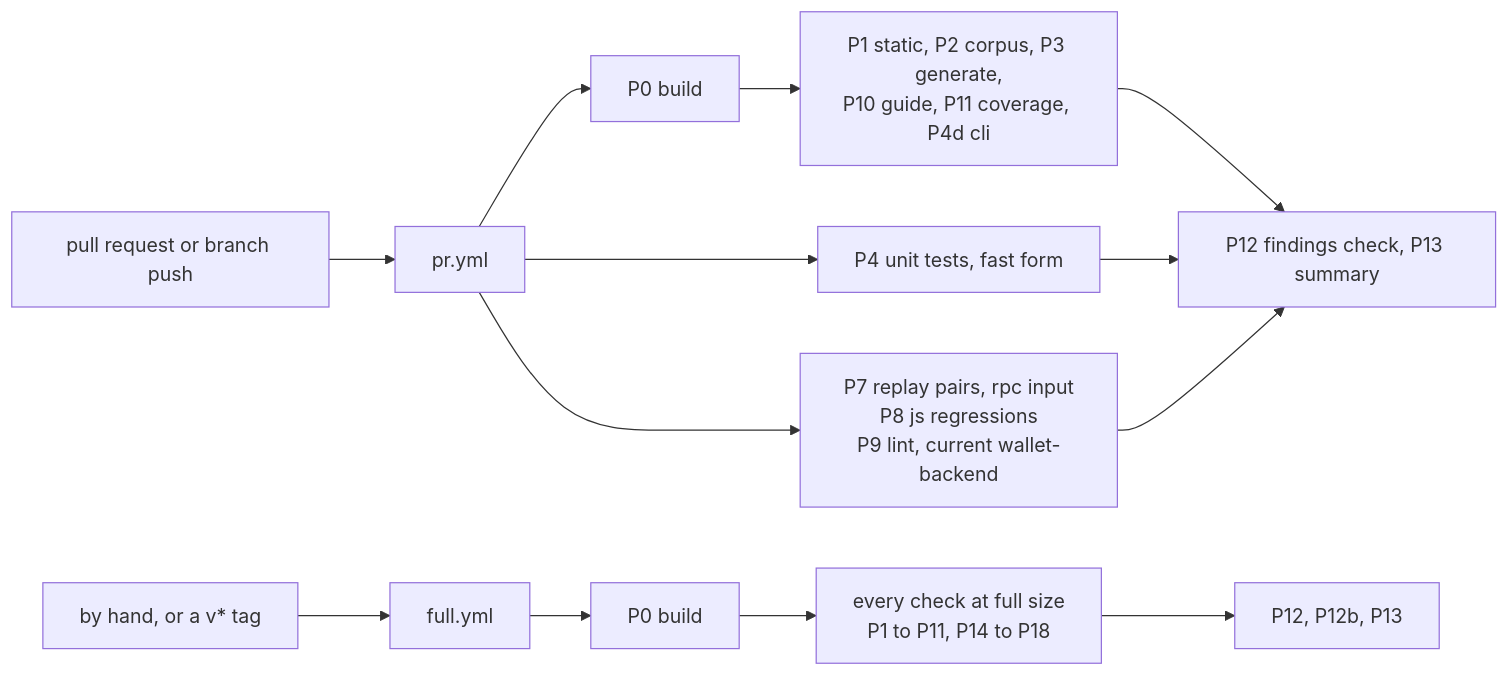
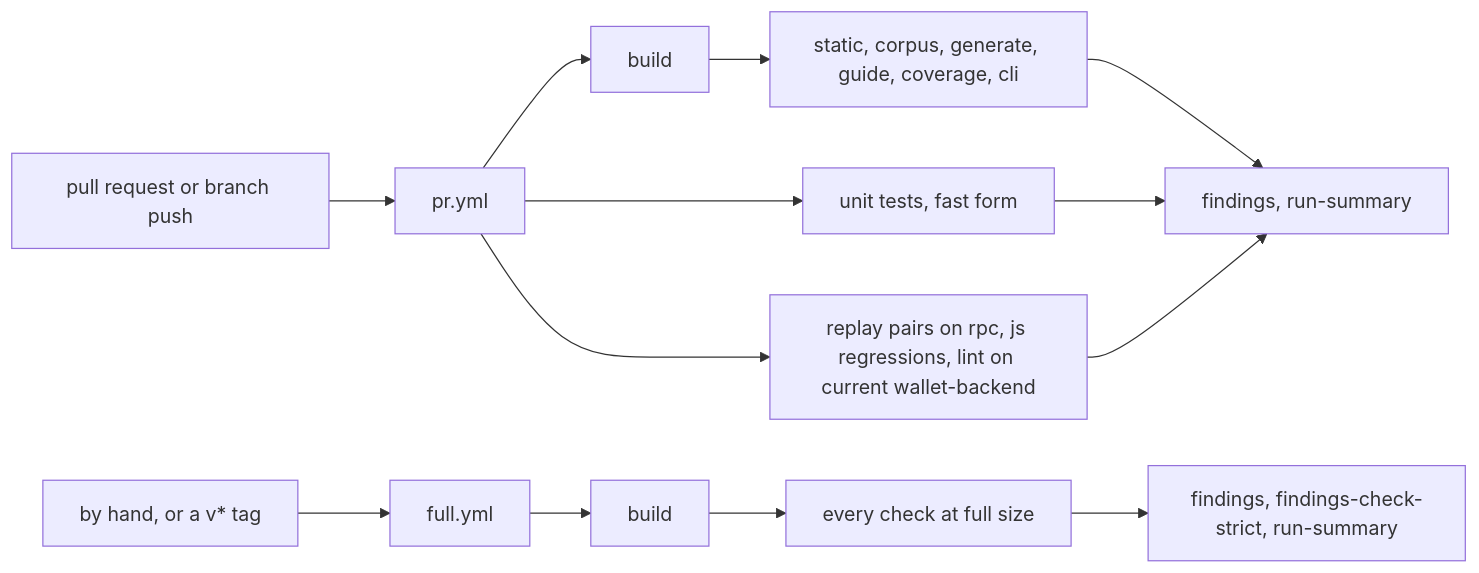
One commit to tolgayayci/xdrcheck changed the diagram in apps/docs/architecture/ci.mdx. Above: the diagram before and after it, drawn with Mermaid. The commit also changed other lines of this file and 65 other files, not shown here.

````diff
--- a/apps/docs/architecture/ci.mdx
+++ b/apps/docs/architecture/ci.mdx
@@ -45,11 +49,15 @@
 ```mermaid
 flowchart LR
   PR["pull request or branch push"] --> T1["pr.yml"]
-  T1 --> B1["P0 build"] --> J1["P1 static, P2 corpus, P3 generate,<br/>P10 guide, P11 coverage, P4d cli"]
-  T1 --> U1["P4 unit tests, fast form"]
-  T1 --> R1["P7 replay pairs, rpc input<br/>P8 js regressions<br/>P9 lint, current wallet-backend"]
-  J1 & U1 & R1 --> S1["P12 findings check, P13 summary"]
+  T1 --> B1["build"]
+  B1 --> J1["static, corpus, generate, guide, coverage, cli"]
+  T1 --> U1["unit tests, fast form"]
+  T1 --> R1["replay pairs on rpc, js regressions, lint on current wallet-backend"]
+  J1 --> S1["findings, run-summary"]
+  U1 --> S1
+  R1 --> S1
   M["by hand, or a v* tag"] --> T2["full.yml"]
-  T2 --> B2["P0 build"] --> J2["every check at full size<br/>P1 to P11, P14 to P18"]
-  J2 --> S2["P12, P12b, P13"]
+  T2 --> B2["build"]
+  B2 --> J2["every check at full size"]
+  J2 --> S2["findings, findings-check-strict, run-summary"]
 ```
````
